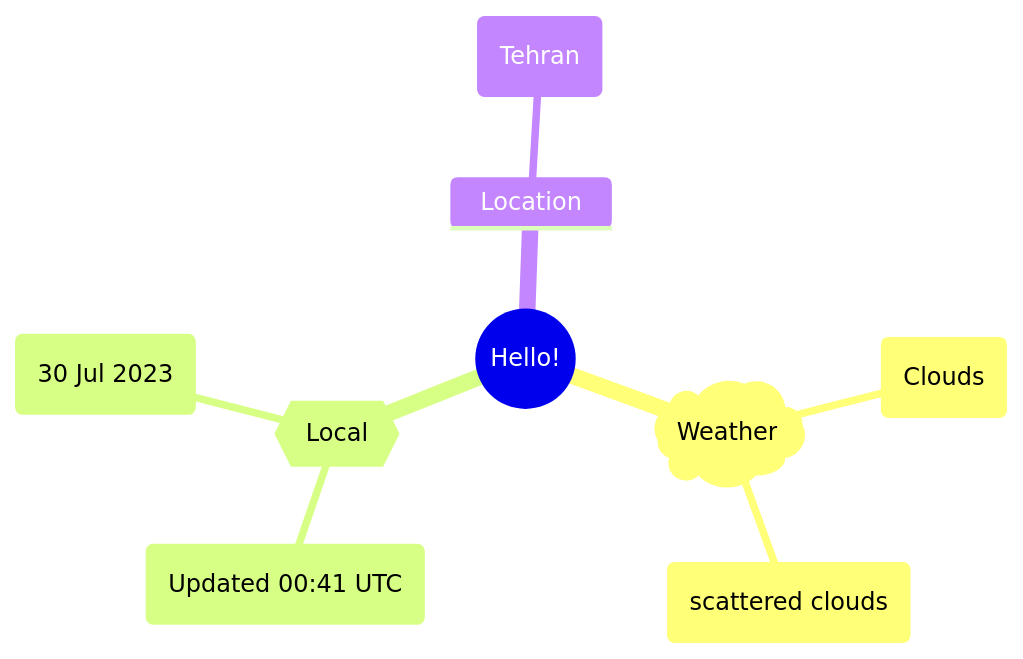
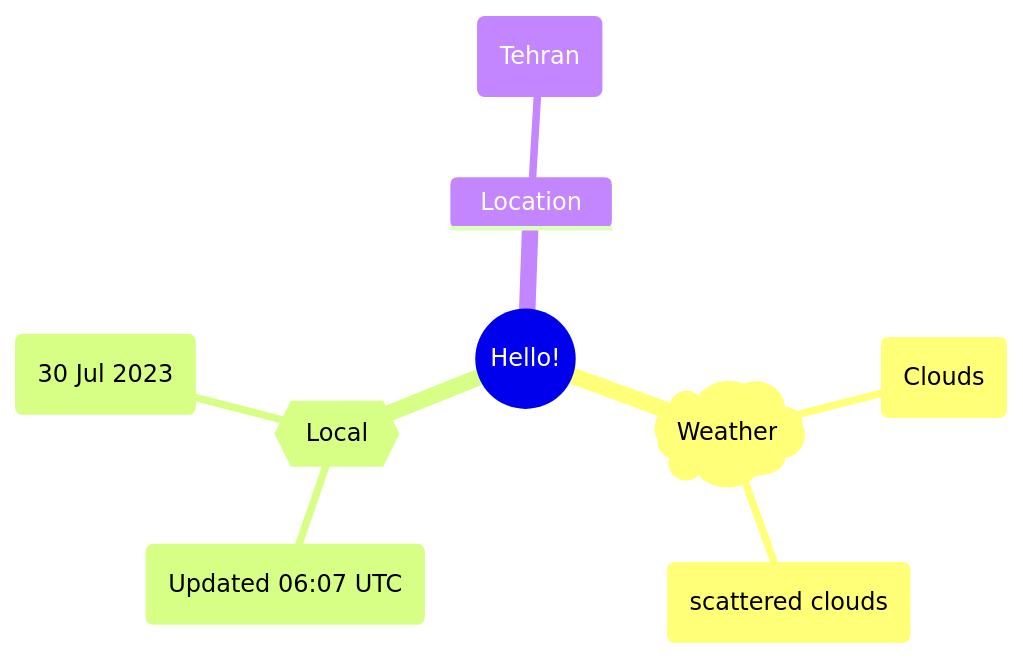
The first of 2 diagrams in README.md (Xosrov/Xosrov), drawn with Mermaid before and after one commit.

Commit message:
[bot] updated images

````diff
--- a/README.md
+++ b/README.md
@@ -3,12 +3,12 @@
 ```mermaid
 mindmap
   root((Hello!))
     )Weather(
         (Clouds)
         (scattered clouds)
     {{Local}}
-        (Updated 00:41 UTC)
+        (Updated 06:07 UTC)
         (30 Jul 2023)
     Location
         (Tehran)
 ```
````
